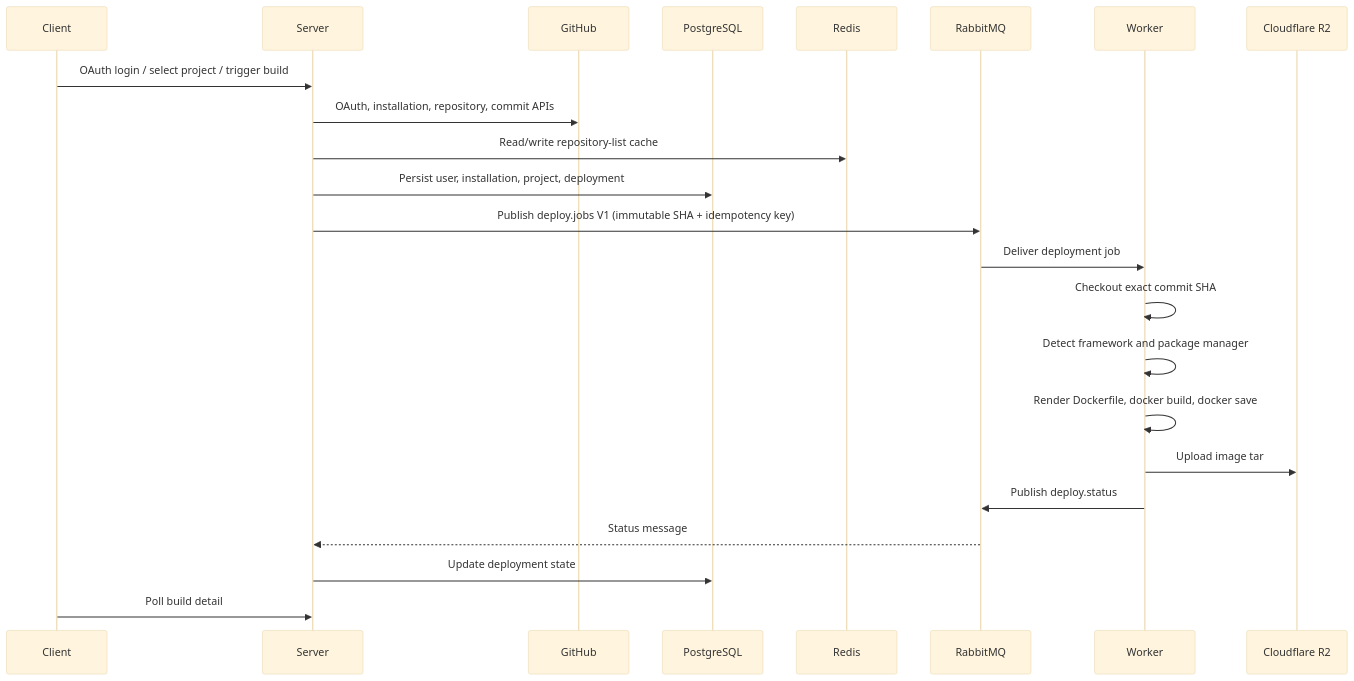
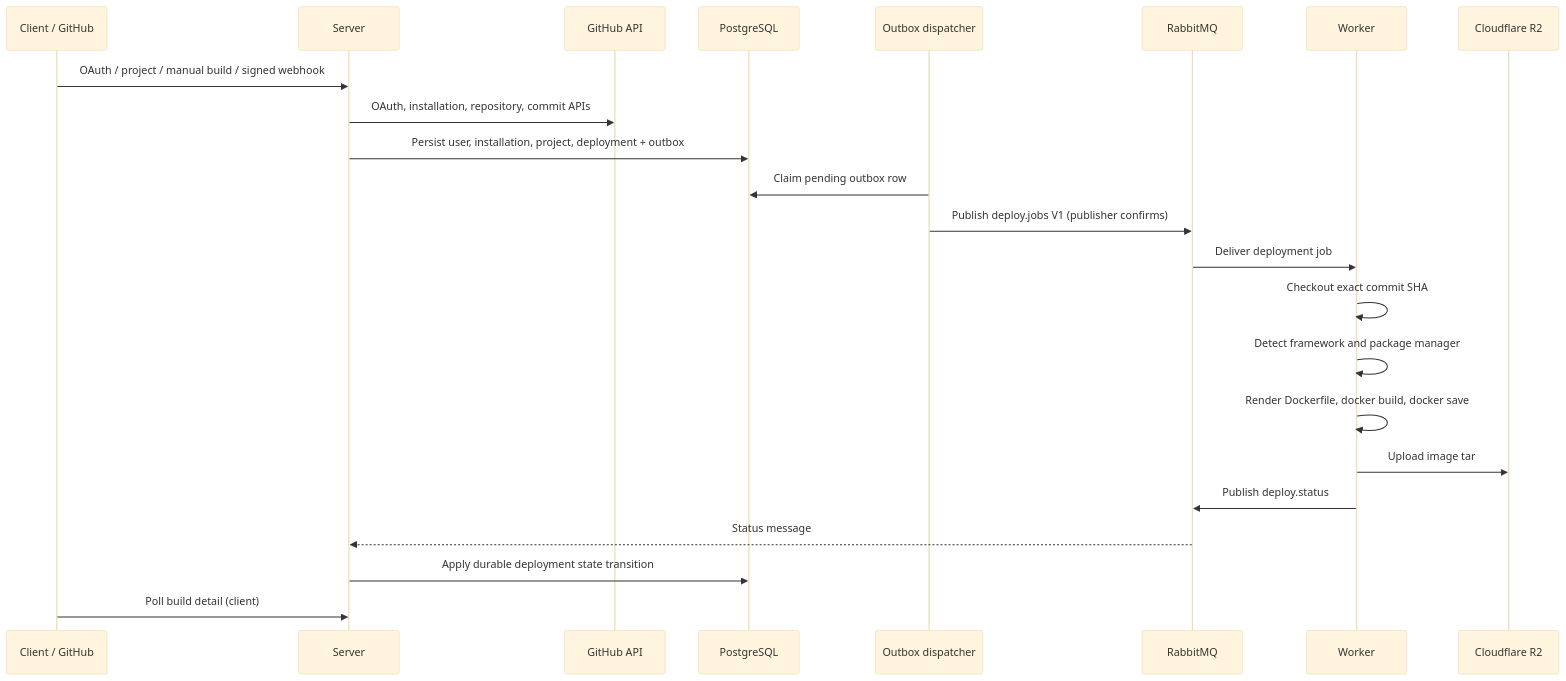
One commit to Parth06102006/Zero-Devops changed the second of 4 diagrams in README.md. Above: the diagram before and after it, drawn with Mermaid (base theme). The commit also changed other lines of this file and 2 other files, not shown here.

````diff
--- a/README.md
+++ b/README.md
@@ -73,26 +73,26 @@
 ```mermaid
 sequenceDiagram
-    participant C as Client
+    participant C as Client / GitHub
     participant S as Server
-    participant G as GitHub
+    participant G as GitHub API
     participant P as PostgreSQL
-    participant R as Redis
+    participant O as Outbox dispatcher
     participant Q as RabbitMQ
     participant W as Worker
     participant A as Cloudflare R2
 
-    C->>S: OAuth login / select project / trigger build
+    C->>S: OAuth / project / manual build / signed webhook
     S->>G: OAuth, installation, repository, commit APIs
-    S->>R: Read/write repository-list cache
-    S->>P: Persist user, installation, project, deployment
-    S->>Q: Publish deploy.jobs V1 (immutable SHA + idempotency key)
+    S->>P: Persist user, installation, project, deployment + outbox
+    O->>P: Claim pending outbox row
+    O->>Q: Publish deploy.jobs V1 (publisher confirms)
     Q->>W: Deliver deployment job
     W->>W: Checkout exact commit SHA
     W->>W: Detect framework and package manager
     W->>W: Render Dockerfile, docker build, docker save
     W->>A: Upload image tar
     W->>Q: Publish deploy.status
     Q-->>S: Status message
-    S->>P: Update deployment state
-    C->>S: Poll build detail
+    S->>P: Apply durable deployment state transition
+    C->>S: Poll build detail (client)
 ```
````
